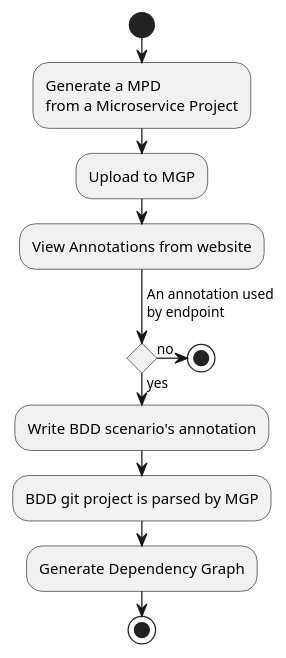
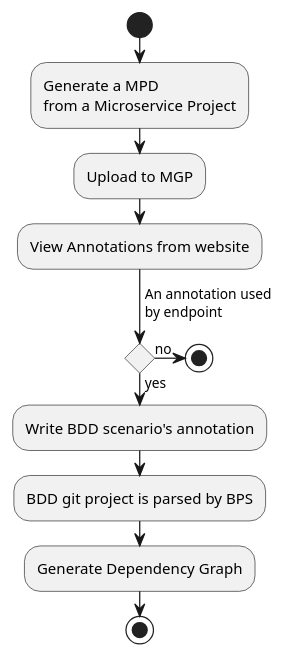
One commit to b4456609/mgp-back changed the diagram in diagram/annotation.puml. Above: the diagram before and after it, drawn with PlantUML. The commit also changed 3 other files, not shown here.

Commit message:
update diagram

```diff
--- a/diagram/annotation.puml
+++ b/diagram/annotation.puml
@@ -1,15 +1,15 @@
 @startuml
 start
 :Generate a MPD\nfrom a Microservice Project;
 :Upload to MGP;
 :View Annotations from website;
 -> An annotation used \nby endpoint;
 if() then(yes)
 :Write BDD scenario's annotation;
-:BDD git project is parsed by MGP;
+:BDD git project is parsed by BPS;
 :Generate Dependency Graph;
 else (no)
 stop
 endif
 stop
 @enduml
```
